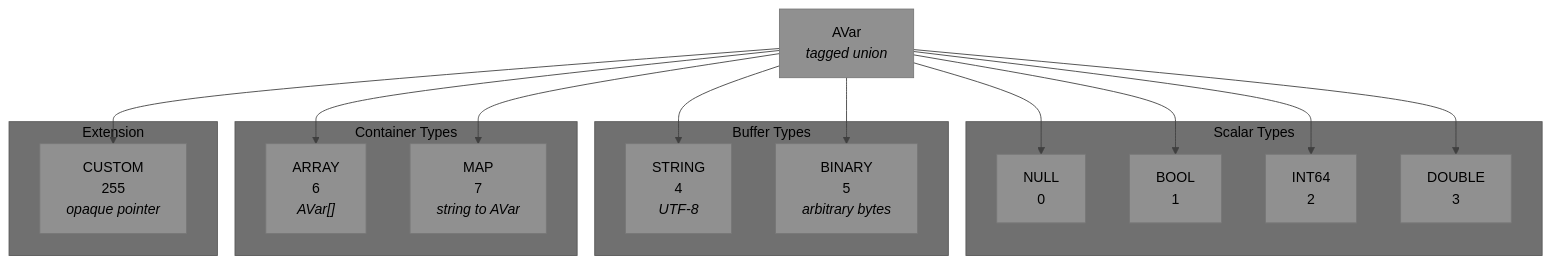
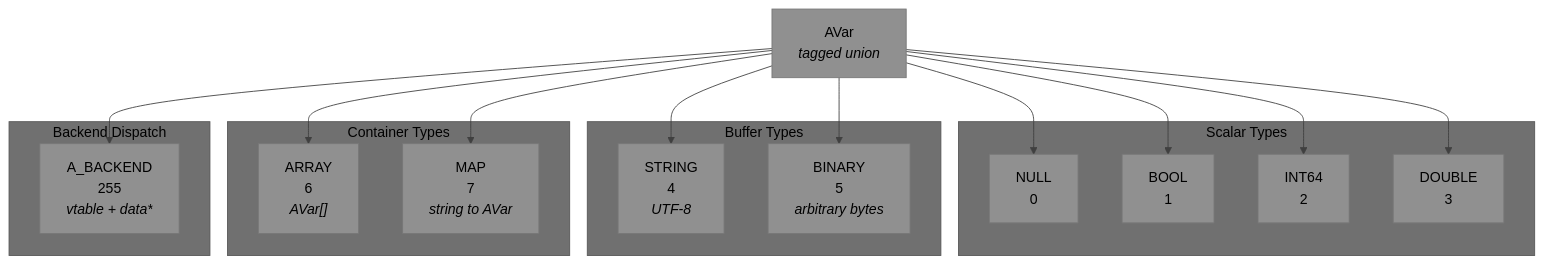
One commit to visionik/anyvar changed the second of 11 diagrams in README.md. Above: the diagram before and after it, drawn with Mermaid. The commit also changed other lines of this file, not shown here.

Commit message:
feat: adopt type-sentinel architecture (v0.3.0)

````diff
--- a/README.md
+++ b/README.md
@@ -59,36 +59,36 @@
 ```mermaid
 %%{init: {'theme': 'base', 'themeVariables': { 'primaryColor': '#909090', 'secondaryColor': '#808080', 'tertiaryColor': '#707070', 'primaryTextColor': '#000000', 'secondaryTextColor': '#000000', 'tertiaryTextColor': '#000000', 'noteTextColor': '#000000', 'lineColor': '#404040' }}}%%
 graph TD
     AV["AVar<br/><i>tagged union</i>"]
 
     subgraph "Scalar Types"
         N["NULL<br/>0"]
         B["BOOL<br/>1"]
         I["INT64<br/>2"]
         D["DOUBLE<br/>3"]
     end
 
     subgraph "Buffer Types"
         S["STRING<br/>4<br/><i>UTF-8</i>"]
         BN["BINARY<br/>5<br/><i>arbitrary bytes</i>"]
     end
 
     subgraph "Container Types"
         A["ARRAY<br/>6<br/><i>AVar[]</i>"]
         M["MAP<br/>7<br/><i>string to AVar</i>"]
     end
 
-    subgraph "Extension"
-        C["CUSTOM<br/>255<br/><i>opaque pointer</i>"]
+    subgraph "Backend Dispatch"
+        C["A_BACKEND<br/>255<br/><i>vtable + data*</i>"]
     end
 
     AV --> N
     AV --> B
     AV --> I
     AV --> D
     AV --> S
     AV --> BN
     AV --> A
     AV --> M
     AV --> C
 ```
````
